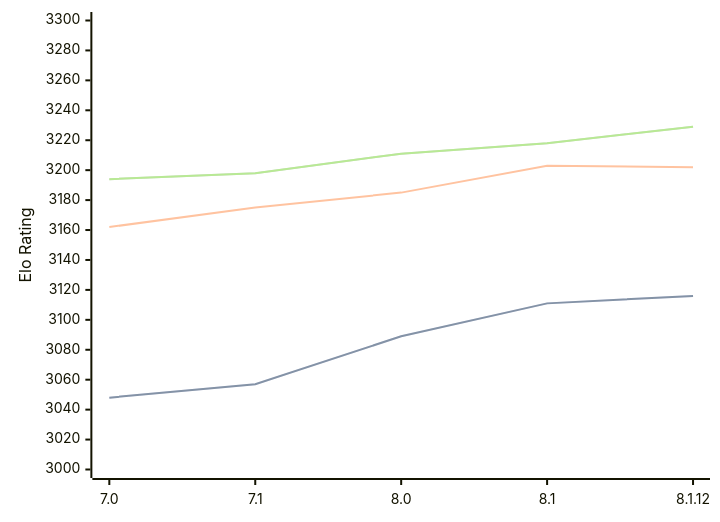
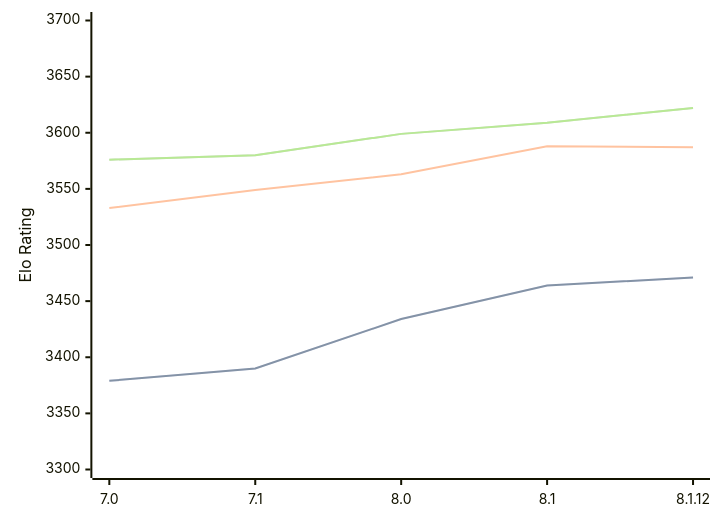
Before and after one commit to computer-chess-index/cci: the diagram in engines/Alexandria.md, drawn with Mermaid. The commit also changed other lines of this file, not shown here.

Commit message:
Update CCI Ratings (ELO VLTC) - 2026-02-24

````diff
--- a/engines/Alexandria.md
+++ b/engines/Alexandria.md
@@ -51,11 +52,11 @@
 ```mermaid
 %%{init: {"theme":"base","themeVariables":{"seriesColors:['#a3a3a3','#222221','#faa371']}}}%%
 xychart-beta
   x-axis ["7.0", "7.1", "8.0", "8.1", "8.1.12"]
-  y-axis "Elo Rating" 3000 --> 3300
-  line "STC (8.0+0.08s)" [3048, 3057, 3089, 3111, 3116]
-  line "STC (8.0+0.08s)" [3048, 3057, 3089, 3111, 3116]
-  line "LTC (60.0+0.60s)" [3162, 3175, 3185, 3203, 3202]
-  line "VLTC (2m24s+1.12s)" [3194, 3198, 3211, 3218, 3229]
-  line "VLTC (2m24s+1.12s)" [3194, 3198, 3211, 3218, 3229]
+  y-axis "Elo Rating" 3300 --> 3700
+  line "STC (8.0+0.08s)" [3379, 3390, 3434, 3464, 3471]
+  line "STC (8.0+0.08s)" [3379, 3390, 3434, 3464, 3471]
+  line "LTC (60.0+0.60s)" [3533, 3549, 3563, 3588, 3587]
+  line "VLTC (2m24s+1.12s)" [3576, 3580, 3599, 3609, 3622]
+  line "VLTC (2m24s+1.12s)" [3576, 3580, 3599, 3609, 3622]
 ```
````
